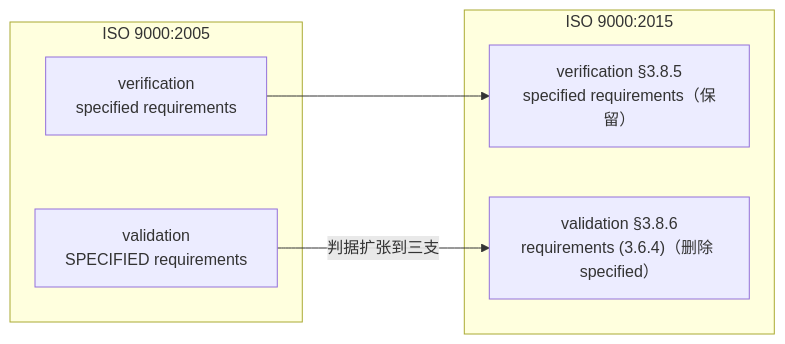
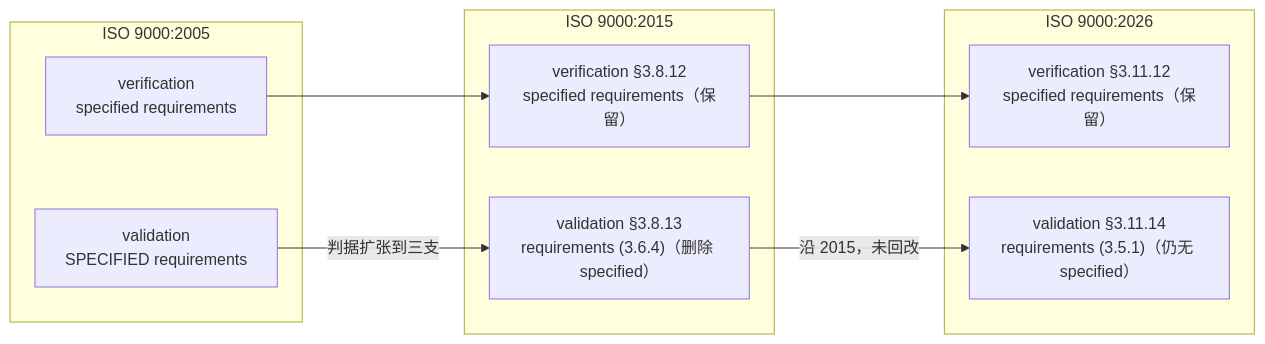
The third of 14 diagrams in 100-subprojects/01-系统工程研究/00-系统工程相关研究报告/23-判据体系研究报告-从验证确认到治理的判据阶梯.md (Yongjunzhou/AOS-system-design), drawn with Mermaid before and after one commit. The commit also changed other lines of this file and 38 other files, not shown here.

````diff
--- a/100-subprojects/01-系统工程研究/00-系统工程相关研究报告/23-判据体系研究报告-从验证确认到治理的判据阶梯.md
+++ b/100-subprojects/01-系统工程研究/00-系统工程相关研究报告/23-判据体系研究报告-从验证确认到治理的判据阶梯.md
@@ -213,13 +233,19 @@
 ```mermaid
 flowchart LR
     subgraph Y2005["ISO 9000:2005"]
         V05["verification<br/>specified requirements"]
         D05["validation<br/>SPECIFIED requirements"]
     end
     subgraph Y2015["ISO 9000:2015"]
-        V15["verification §3.8.5<br/>specified requirements（保留）"]
-        D15["validation §3.8.6<br/>requirements (3.6.4)（删除 specified）"]
+        V15["verification §3.8.12<br/>specified requirements（保留）"]
+        D15["validation §3.8.13<br/>requirements (3.6.4)（删除 specified）"]
+    end
+    subgraph Y2026["ISO 9000:2026"]
+        V26["verification §3.11.12<br/>specified requirements（保留）"]
+        D26["validation §3.11.14<br/>requirements (3.5.1)（仍无 specified）"]
     end
     V05 --> V15
+    V15 --> V26
     D05 -->|"判据扩张到三支"| D15
+    D15 -->|"沿 2015，未回改"| D26
 ```
````
